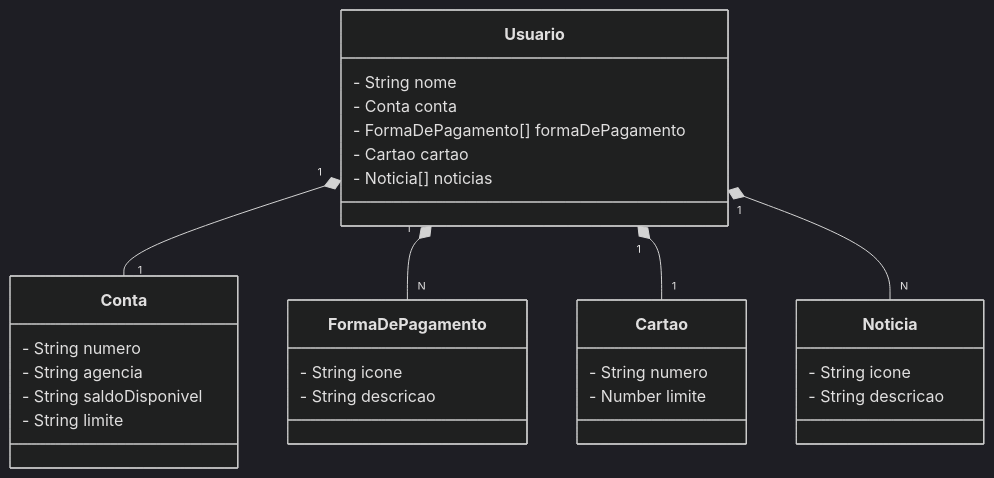
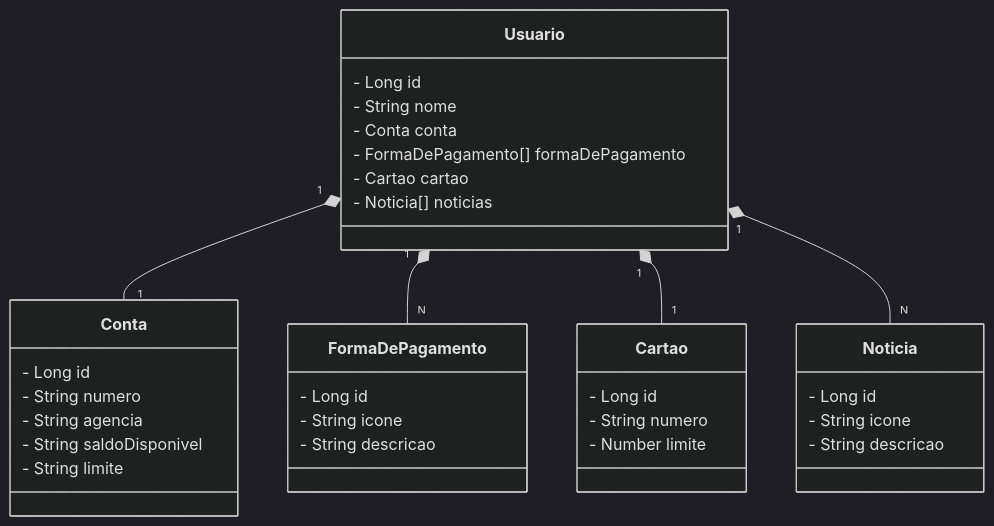
Before and after one commit to leonardosfranca/santander-dev-week-2024: the diagram in README.md, drawn with Mermaid (dark theme).

Commit message:
Update README.md
adicionando id nas entidades

````diff
--- a/README.md
+++ b/README.md
@@ -6,37 +6,42 @@
 ```mermaid
 classDiagram
     class Usuario {
+        - Long id
         - String nome
         - Conta conta
         - FormaDePagamento[] formaDePagamento
         - Cartao cartao
         - Noticia[] noticias
     }
 
     class Conta {
+        - Long id
         - String numero
         - String agencia
         - String saldoDisponivel
         - String limite
     }
 
     class FormaDePagamento {
+        - Long id
         - String icone
         - String descricao
     }
 
     class Cartao {
+        - Long id
         - String numero
         - Number limite
     }
 
     class Noticia {
+        - Long id
         - String icone
         - String descricao
     }
 
     Usuario "1" *-- "1" Conta
     Usuario "1" *-- "N" FormaDePagamento
     Usuario "1" *-- "1" Cartao
     Usuario "1" *-- "N" Noticia
 ```
````
